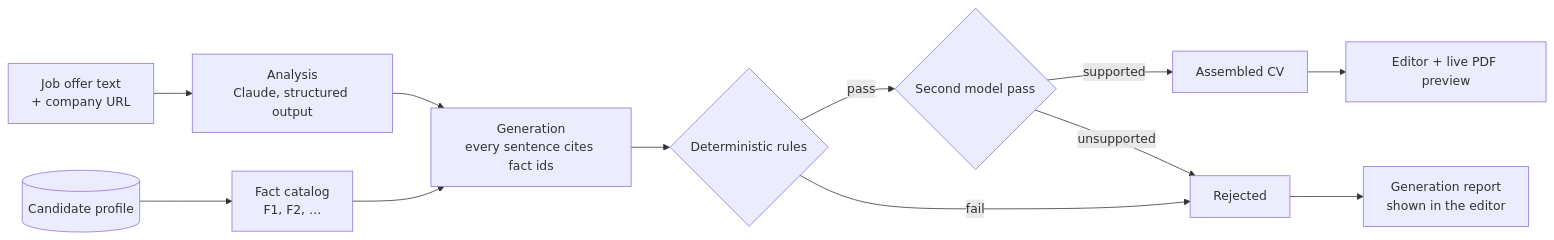
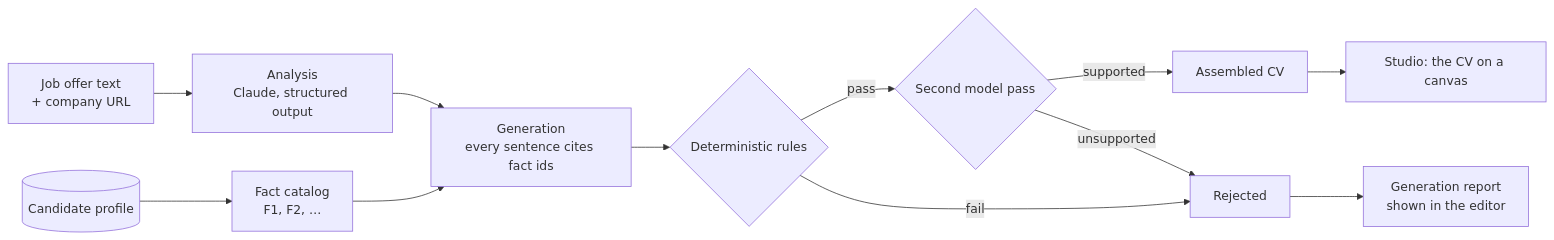
One commit to davy-dev/cv-maker changed the diagram in README.md. Above: the diagram before and after it, drawn with Mermaid. The commit also changed other lines of this file and 53 other files, not shown here.

First line of the commit message:
feat(cv): one HTML template in five styles, and the studio as the editor

````diff
--- a/README.md
+++ b/README.md
@@ -17,14 +17,14 @@
 ```mermaid
 flowchart LR
     A[Job offer text<br/>+ company URL] --> B[Analysis<br/>Claude, structured output]
     P[(Candidate profile)] --> F[Fact catalog<br/>F1, F2, …]
     B --> G[Generation<br/>every sentence cites fact ids]
     F --> G
     G --> R{Deterministic rules}
     R -- pass --> V{Second model pass}
     R -- fail --> X[Rejected]
     V -- supported --> CV[Assembled CV]
     V -- unsupported --> X
     X --> REP[Generation report<br/>shown in the editor]
-    CV --> E[Editor + live PDF preview]
+    CV --> E[Studio: the CV on a canvas]
 ```
````
